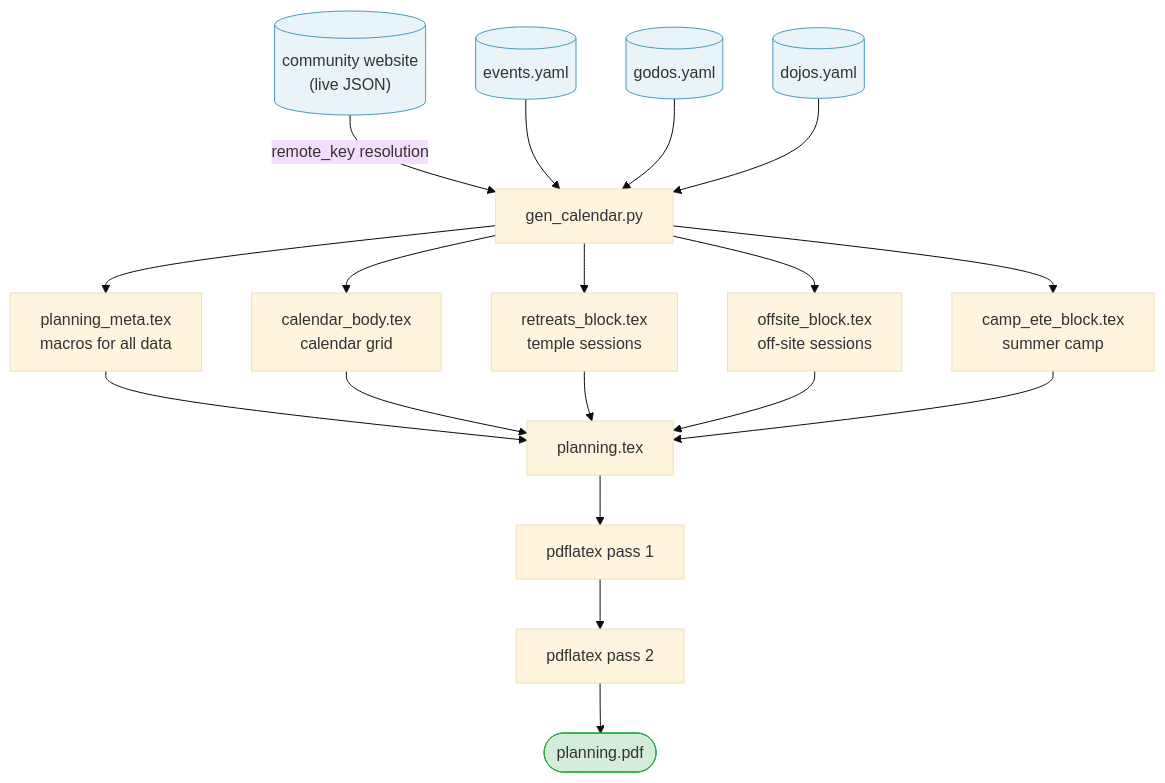
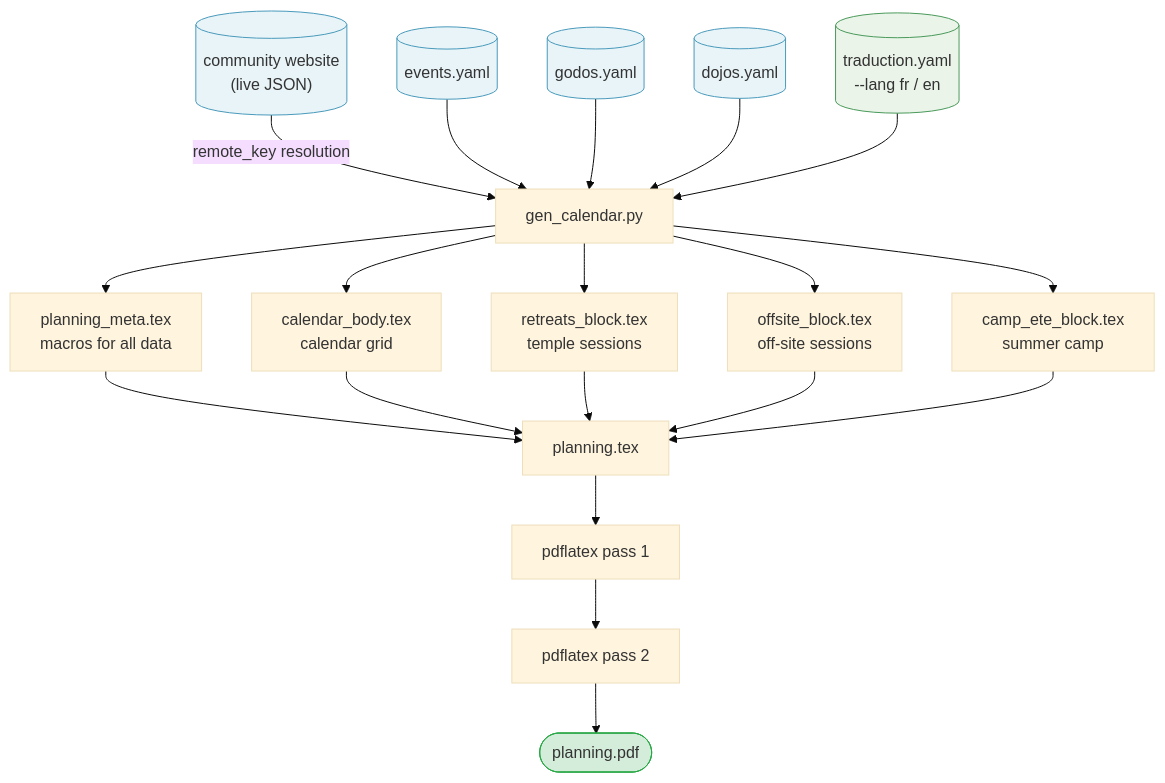
One commit to olivier-carrere/redaction-technique.org changed the diagram in src/content/blog/planning-poster-layout-data-generation-separation.mdx. Above: the diagram before and after it, drawn with Mermaid (base theme). The commit also changed other lines of this file, not shown here.

Commit message:
add(blog): language layer — traduction.yaml as fourth separation concern

````diff
--- a/src/content/blog/planning-poster-layout-data-generation-separation.mdx
+++ b/src/content/blog/planning-poster-layout-data-generation-separation.mdx
@@ -47,28 +48,30 @@
 ```mermaid
 flowchart TD
     R[("community website<br/>(live JSON)")] -->|remote_key resolution| G
     EV[(events.yaml)] --> G
     GO[(godos.yaml)] --> G
     DO[(dojos.yaml)] --> G
+    TR[(traduction.yaml<br/>--lang fr / en)] --> G
     G[gen_calendar.py] --> M[planning_meta.tex<br/>macros for all data]
     G --> CB[calendar_body.tex<br/>calendar grid]
     G --> ST[retreats_block.tex<br/>temple sessions]
     G --> AS[offsite_block.tex<br/>off-site sessions]
     G --> CE[camp_ete_block.tex<br/>summer camp]
 
     M --> P[planning.tex]
     CB --> P
     ST --> P
     AS --> P
     CE --> P
 
     P --> L1[pdflatex pass 1]
     L1 --> L2[pdflatex pass 2]
     L2 --> F([planning.pdf])
 
     style R fill:#e8f4f8,stroke:#4a9abb
     style EV fill:#e8f4f8,stroke:#4a9abb
     style GO fill:#e8f4f8,stroke:#4a9abb
     style DO fill:#e8f4f8,stroke:#4a9abb
+    style TR fill:#eaf4e8,stroke:#4a9a5b
     style F fill:#d4edda,stroke:#28a745
 ```
````
